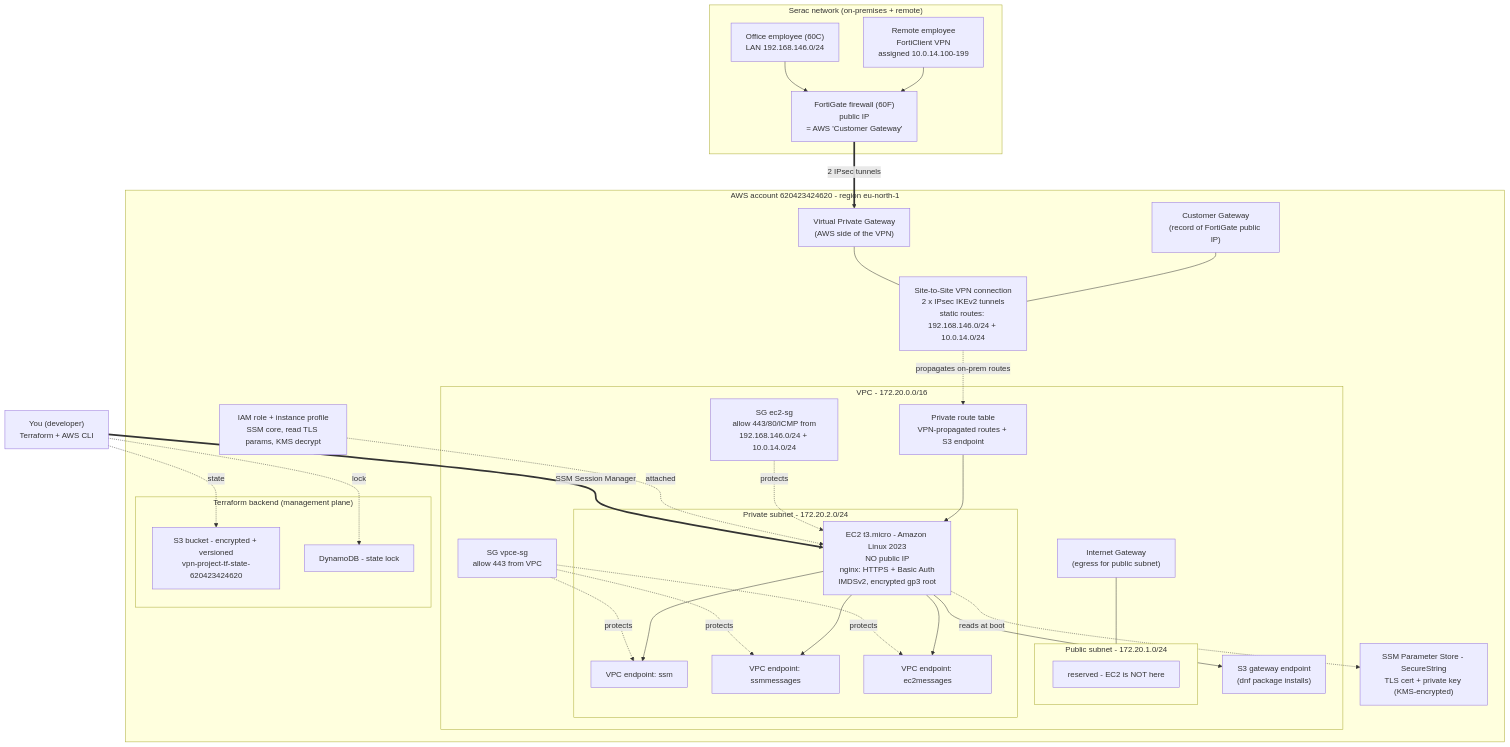
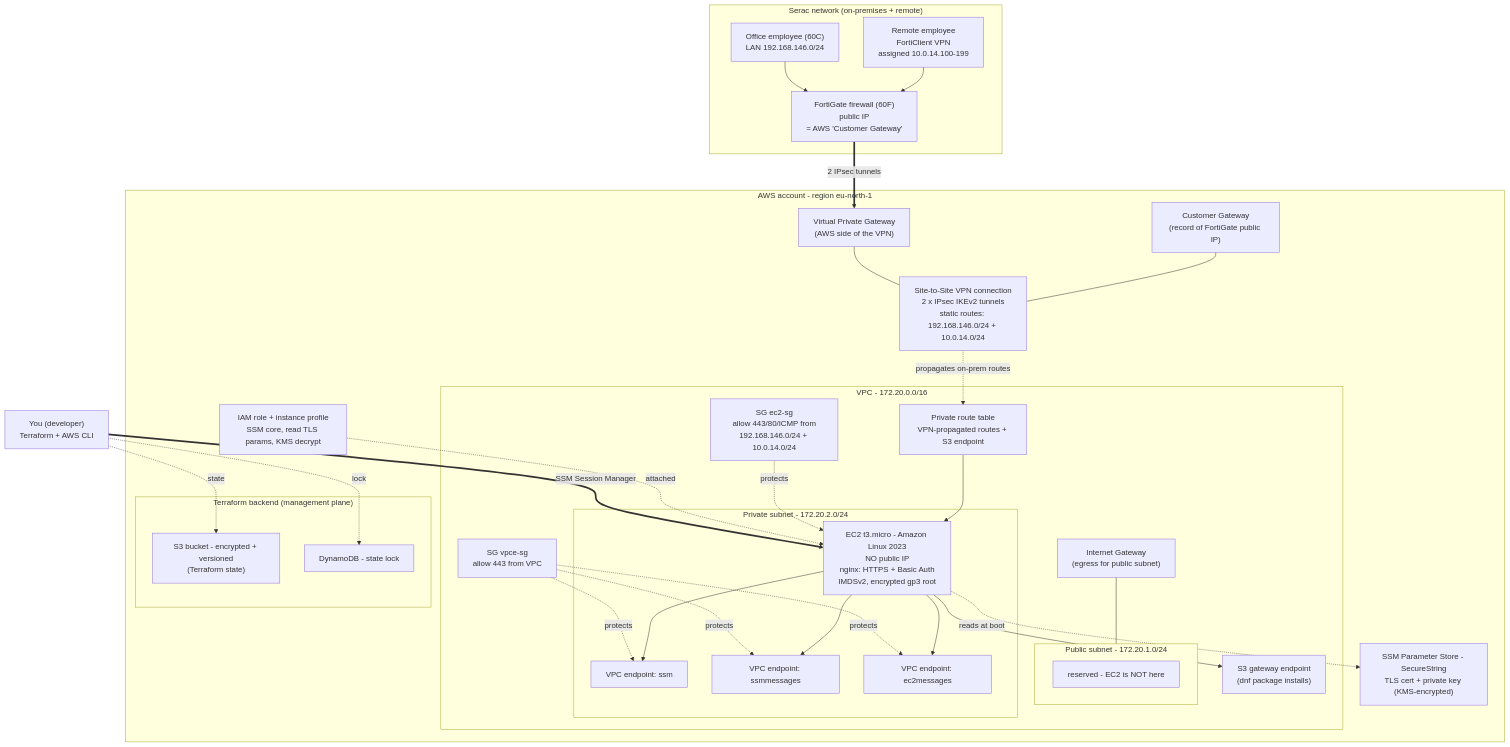
One commit to SeracBio/Px_interface changed the first of 3 diagrams in docs/aws_architecture_mermaid.md. Above: the diagram before and after it, drawn with Mermaid. The commit also changed 10 other files, not shown here.

````diff
--- a/docs/aws_architecture_mermaid.md
+++ b/docs/aws_architecture_mermaid.md
@@ -12,69 +12,69 @@
 ```mermaid
 flowchart TB
     %% ===================== Serac side =====================
     subgraph SERAC["Serac network (on-premises + remote)"]
         RU["Remote employee<br/>FortiClient VPN<br/>assigned 10.0.14.100-199"]
         OU["Office employee (60C)<br/>LAN 192.168.146.0/24"]
         FG["FortiGate firewall (60F)<br/>public IP<br/>= AWS 'Customer Gateway'"]
         RU --> FG
         OU --> FG
     end
 
     %% ===================== AWS side =====================
-    subgraph AWS["AWS account 620423424620 - region eu-north-1"]
+    subgraph AWS["AWS account - region eu-north-1"]
         CGW["Customer Gateway<br/>(record of FortiGate public IP)"]
         VGW["Virtual Private Gateway<br/>(AWS side of the VPN)"]
         VPN["Site-to-Site VPN connection<br/>2 x IPsec IKEv2 tunnels<br/>static routes: 192.168.146.0/24 + 10.0.14.0/24"]
 
         subgraph VPC["VPC - 172.20.0.0/16"]
             IGW["Internet Gateway<br/>(egress for public subnet)"]
             subgraph PUBSN["Public subnet - 172.20.1.0/24"]
                 PUBNOTE["reserved - EC2 is NOT here"]
             end
             subgraph PRIVSN["Private subnet - 172.20.2.0/24"]
                 EC2["EC2 t3.micro - Amazon Linux 2023<br/>NO public IP<br/>nginx: HTTPS + Basic Auth<br/>IMDSv2, encrypted gp3 root"]
                 E1["VPC endpoint: ssm"]
                 E2["VPC endpoint: ssmmessages"]
                 E3["VPC endpoint: ec2messages"]
             end
             S3GW["S3 gateway endpoint<br/>(dnf package installs)"]
             RT["Private route table<br/>VPN-propagated routes + S3 endpoint"]
             SG1["SG ec2-sg<br/>allow 443/80/ICMP from<br/>192.168.146.0/24 + 10.0.14.0/24"]
             SG2["SG vpce-sg<br/>allow 443 from VPC"]
         end
 
         SSM["SSM Parameter Store - SecureString<br/>TLS cert + private key (KMS-encrypted)"]
         IAM["IAM role + instance profile<br/>SSM core, read TLS params, KMS decrypt"]
 
         subgraph BACKEND["Terraform backend (management plane)"]
-            S3B["S3 bucket - encrypted + versioned<br/>vpn-project-tf-state-620423424620"]
+            S3B["S3 bucket - encrypted + versioned<br/>(Terraform state)"]
             DDB["DynamoDB - state lock"]
         end
     end
 
     DEV["You (developer)<br/>Terraform + AWS CLI"]
 
     %% ===================== links =====================
     FG == 2 IPsec tunnels ==> VGW
     CGW --- VPN
     VGW --- VPN
     VPN -. propagates on-prem routes .-> RT
     RT --> EC2
 
     EC2 --> E1
     EC2 --> E2
     EC2 --> E3
     EC2 --> S3GW
     SG1 -. protects .-> EC2
     SG2 -. protects .-> E1
     SG2 -. protects .-> E2
     SG2 -. protects .-> E3
     IGW --- PUBSN
 
     IAM -. attached .-> EC2
     EC2 -. reads at boot .-> SSM
 
     DEV == SSM Session Manager ==> EC2
     DEV -. state .-> S3B
     DEV -. lock .-> DDB
 ```
````
